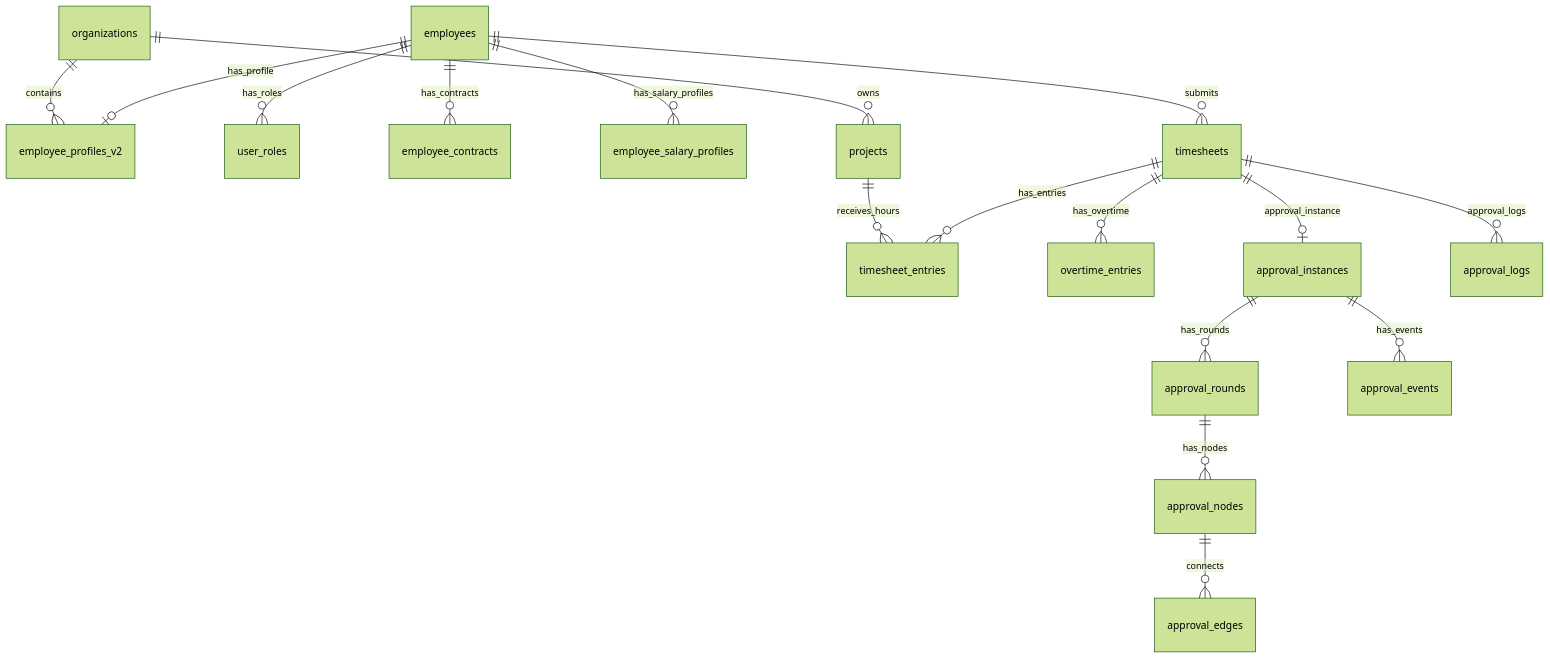
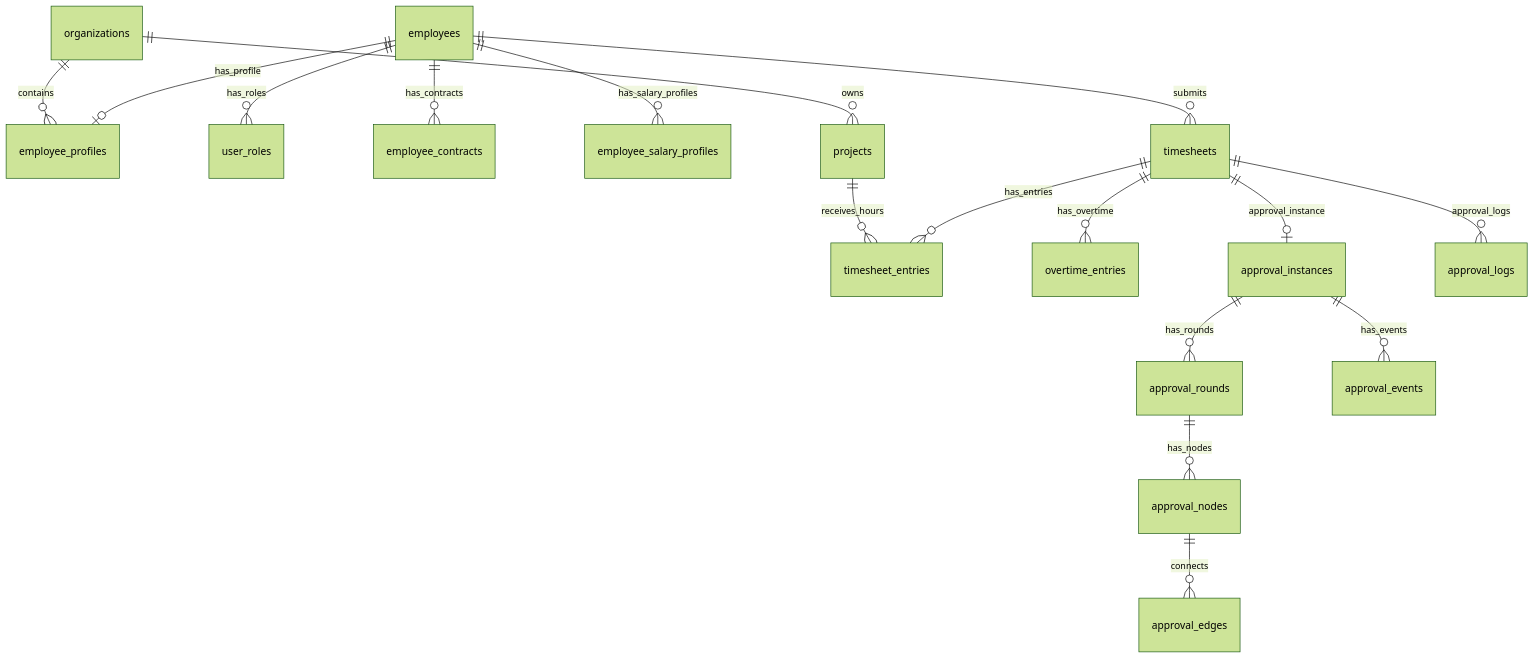
One commit to RCHui000/attendance-module changed the fourth of 6 diagrams in PRD.md. Above: the diagram before and after it, drawn with Mermaid (forest theme). The commit also changed other lines of this file and 32 other files, not shown here.

Commit message:
Canonicalize employee profiles table

````diff
--- a/PRD.md
+++ b/PRD.md
@@ -288,19 +288,19 @@
 ```mermaid
 erDiagram
-  employees ||--o| employee_profiles_v2 : has_profile
+  employees ||--o| employee_profiles : has_profile
   employees ||--o{ user_roles : has_roles
   employees ||--o{ employee_contracts : has_contracts
   employees ||--o{ employee_salary_profiles : has_salary_profiles
-  organizations ||--o{ employee_profiles_v2 : contains
+  organizations ||--o{ employee_profiles : contains
   organizations ||--o{ projects : owns
   employees ||--o{ timesheets : submits
   timesheets ||--o{ timesheet_entries : has_entries
   projects ||--o{ timesheet_entries : receives_hours
   timesheets ||--o{ overtime_entries : has_overtime
   timesheets ||--o| approval_instances : approval_instance
   timesheets ||--o{ approval_logs : approval_logs
   approval_instances ||--o{ approval_rounds : has_rounds
   approval_rounds ||--o{ approval_nodes : has_nodes
   approval_nodes ||--o{ approval_edges : connects
   approval_instances ||--o{ approval_events : has_events
 ```
````
